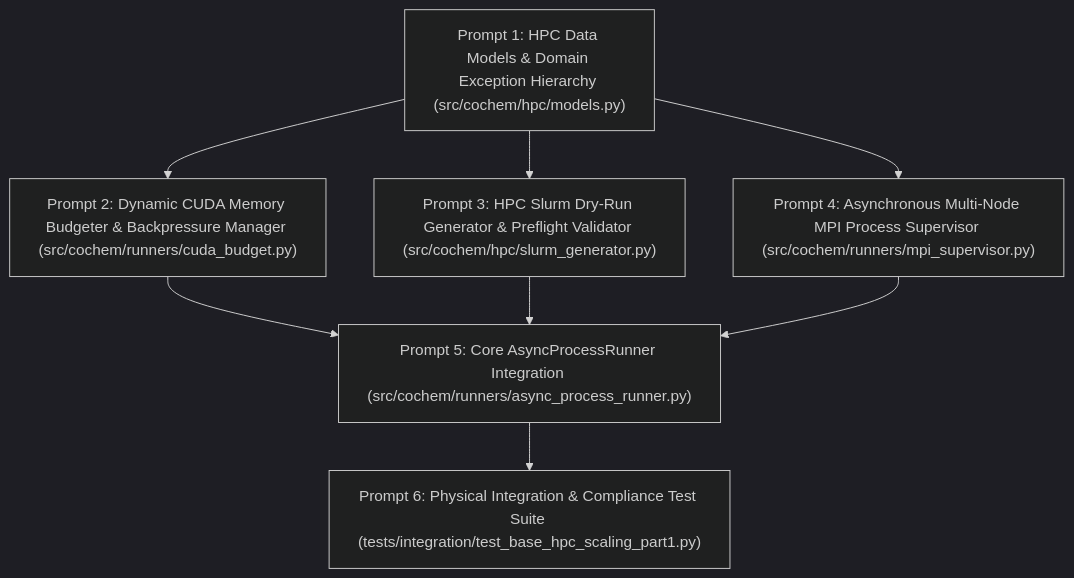
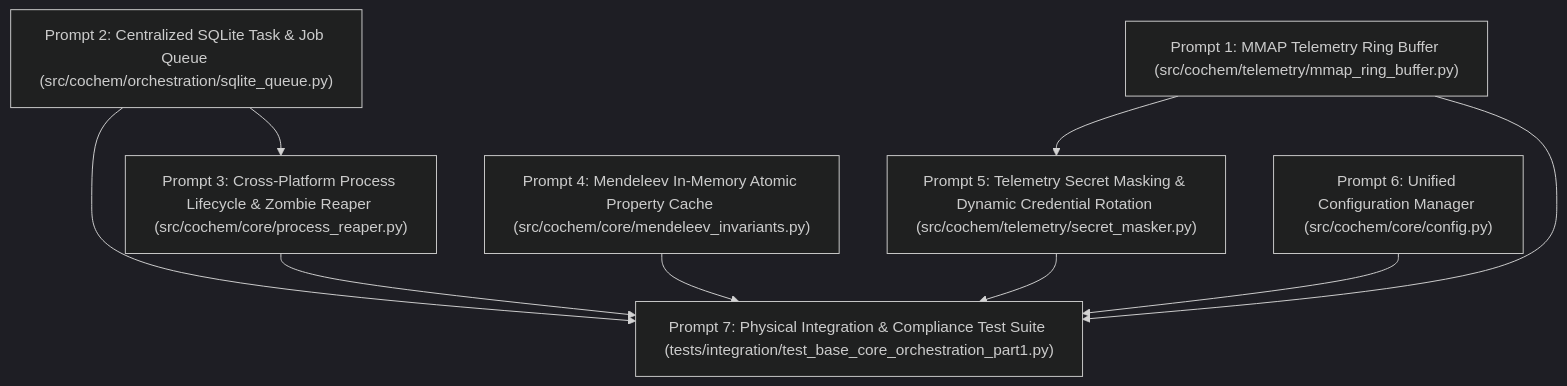
The third of 4 diagrams in cochem_audit_payload.md (ProfJJK-CoChem/CoChem-BASE), drawn with Mermaid (dark theme) before and after one commit. The commit also changed other lines of this file and 21 other files, not shown here.

Commit message:
Automated completion of Perfected_SRS_Chunk_04_BASE_Core_Orchestration_Part_1_prompts.md

````diff
--- a/cochem_audit_payload.md
+++ b/cochem_audit_payload.md
@@ -308,10 +549,11 @@
 ```mermaid
 graph TD
-    P1["Prompt 1: HPC Data Models & Domain Exception Hierarchy (src/cochem/hpc/models.py)"] --> P2["Prompt 2: Dynamic CUDA Memory Budgeter & Backpressure Manager (src/cochem/runners/cuda_budget.py)"]
-    P1 --> P3["Prompt 3: HPC Slurm Dry-Run Generator & Preflight Validator (src/cochem/hpc/slurm_generator.py)"]
-    P1 --> P4["Prompt 4: Asynchronous Multi-Node MPI Process Supervisor (src/cochem/runners/mpi_supervisor.py)"]
-    P2 --> P5["Prompt 5: Core AsyncProcessRunner Integration (src/cochem/runners/async_process_runner.py)"]
-    P3 --> P5
-    P4 --> P5
-    P5 --> P6["Prompt 6: Physical Integration & Compliance Test Suite (tests/integration/test_base_hpc_scaling_part1.py)"]
+    P1["Prompt 1: MMAP Telemetry Ring Buffer (src/cochem/telemetry/mmap_ring_buffer.py)"] --> P5["Prompt 5: Telemetry Secret Masking & Dynamic Credential Rotation (src/cochem/telemetry/secret_masker.py)"]
+    P2["Prompt 2: Centralized SQLite Task & Job Queue (src/cochem/orchestration/sqlite_queue.py)"] --> P3["Prompt 3: Cross-Platform Process Lifecycle & Zombie Reaper (src/cochem/core/process_reaper.py)"]
+    P2 --> P7["Prompt 7: Physical Integration & Compliance Test Suite (tests/integration/test_base_core_orchestration_part1.py)"]
+    P3 --> P7
+    P4["Prompt 4: Mendeleev In-Memory Atomic Property Cache (src/cochem/core/mendeleev_invariants.py)"] --> P7
+    P5 --> P7
+    P6["Prompt 6: Unified Configuration Manager (src/cochem/core/config.py)"] --> P7
+    P1 --> P7
 ```
````
